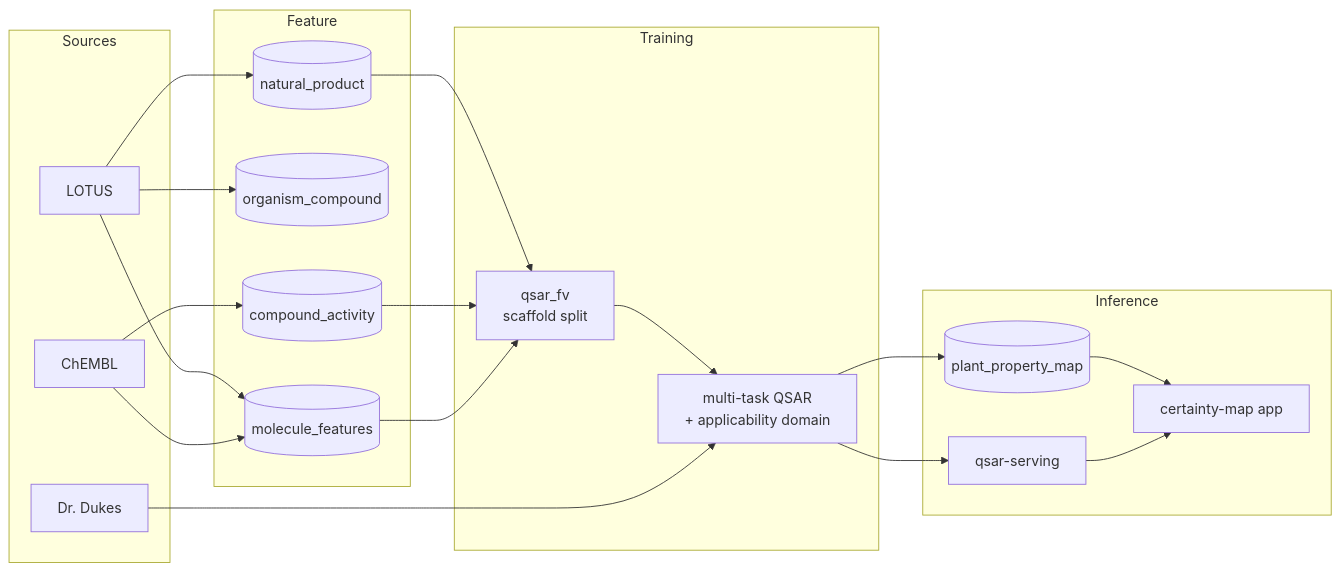
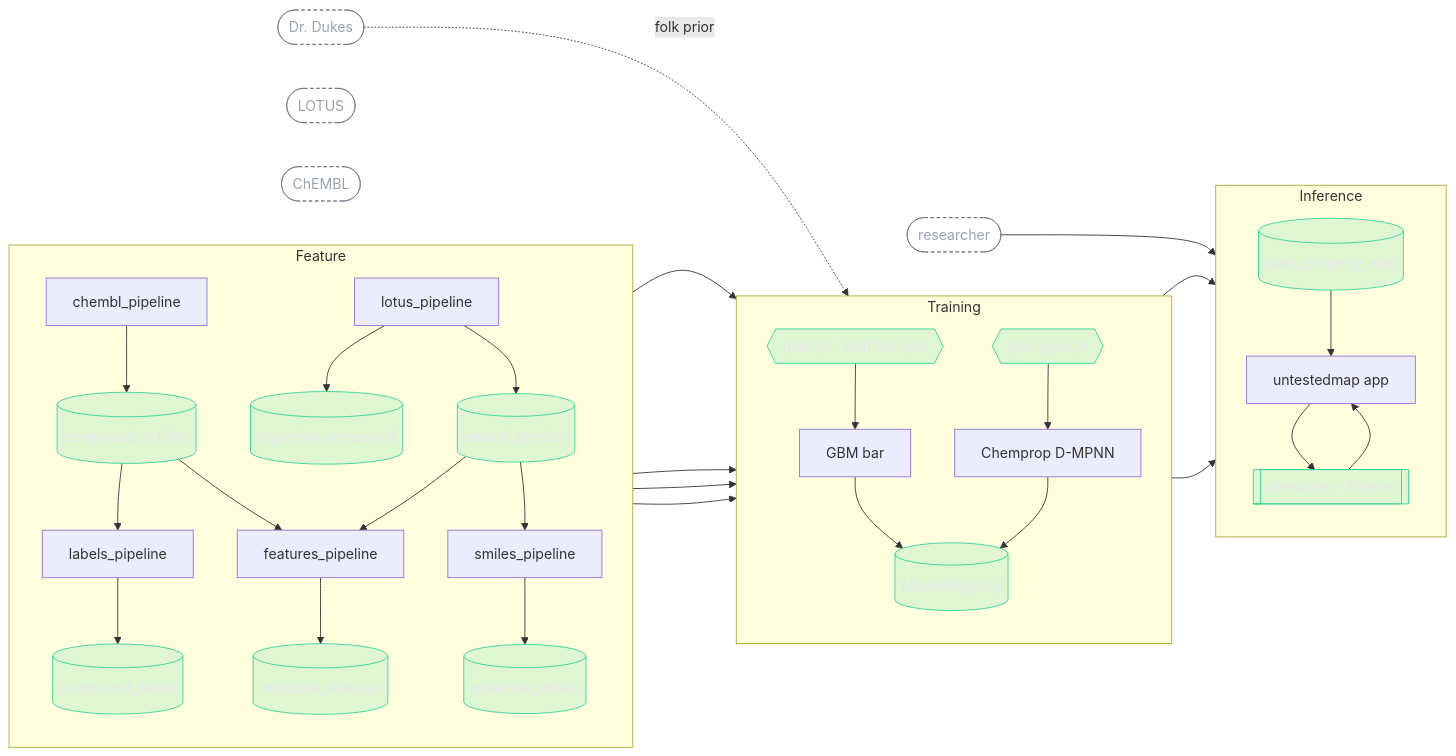
The diagram in README.md (MagicLex/the-untested), drawn with Mermaid before and after one commit. The commit also changed other lines of this file and 10 other files, not shown here.

````diff
--- a/README.md
+++ b/README.md
@@ -76,37 +74,40 @@
 ```mermaid
 flowchart LR
-  subgraph S[Sources]
-    L[LOTUS]
-    C[ChEMBL]
-    D[Dr. Dukes]
-  end
-  subgraph F[Feature]
-    NP[(natural_product)]
-    OC[(organism_compound)]
-    CA[(compound_activity)]
-    MF[(molecule_features)]
-  end
-  subgraph T[Training]
-    FV[qsar_fv<br/>scaffold split]
-    M[multi-task QSAR<br/>+ applicability domain]
-  end
-  subgraph I[Inference]
-    MAP[(plant_property_map)]
-    SV[qsar-serving]
-    APP[certainty-map app]
-  end
-  L --> NP
-  L --> OC
-  C --> CA
-  L --> MF
-  C --> MF
-  NP --> FV
-  CA --> FV
-  MF --> FV
-  FV --> M
-  M --> MAP
-  M --> SV
-  D --> M
-  MAP --> APP
-  SV --> APP
+    lotus([LOTUS]):::ext
+    chembl([ChEMBL]):::ext
+    duke([Dr. Dukes]):::ext
+
+    subgraph FE[Feature]
+        direction TB
+        f1[lotus_pipeline] --> np[(natural_product)]:::hops
+        f1 --> oc[(organism_compound)]:::hops
+        f2[chembl_pipeline] --> ca[(compound_activity)]:::hops
+        ca --> f2b[labels_pipeline] --> cl[(compound_labels)]:::hops
+        np --> f3[features_pipeline]
+        ca --> f3
+        f3 --> mf[(molecule_features)]:::hops
+        np --> f3b[smiles_pipeline] --> ms[(molecule_smiles)]:::hops
+    end
+    subgraph TR[Training]
+        direction TB
+        fv{{qsar_fv · scaffold split}}:::hops --> t1[GBM bar] --> reg[(Model Registry)]:::hops
+        gfv{{qsar_gnn_fv}}:::hops --> t2[Chemprop D-MPNN] --> reg
+    end
+    subgraph INF[Inference]
+        direction TB
+        map[(plant_property_map)]:::hops
+        ep[[amrscorer · KServe]]:::hops --> app[untestedmap app]
+    end
+
+    cl --> fv
+    mf --> fv
+    cl --> gfv
+    ms --> gfv
+    reg --> map --> app
+    reg --> ep
+    duke -. folk prior .-> t1
+    who([researcher]):::ext --> app --> ep
+
+    classDef hops fill:#10b98122,stroke:#34d399,color:#e5e7eb;
+    classDef ext fill:none,stroke:#6b7280,color:#9ca3af,stroke-dasharray:4 3;
 ```
````
